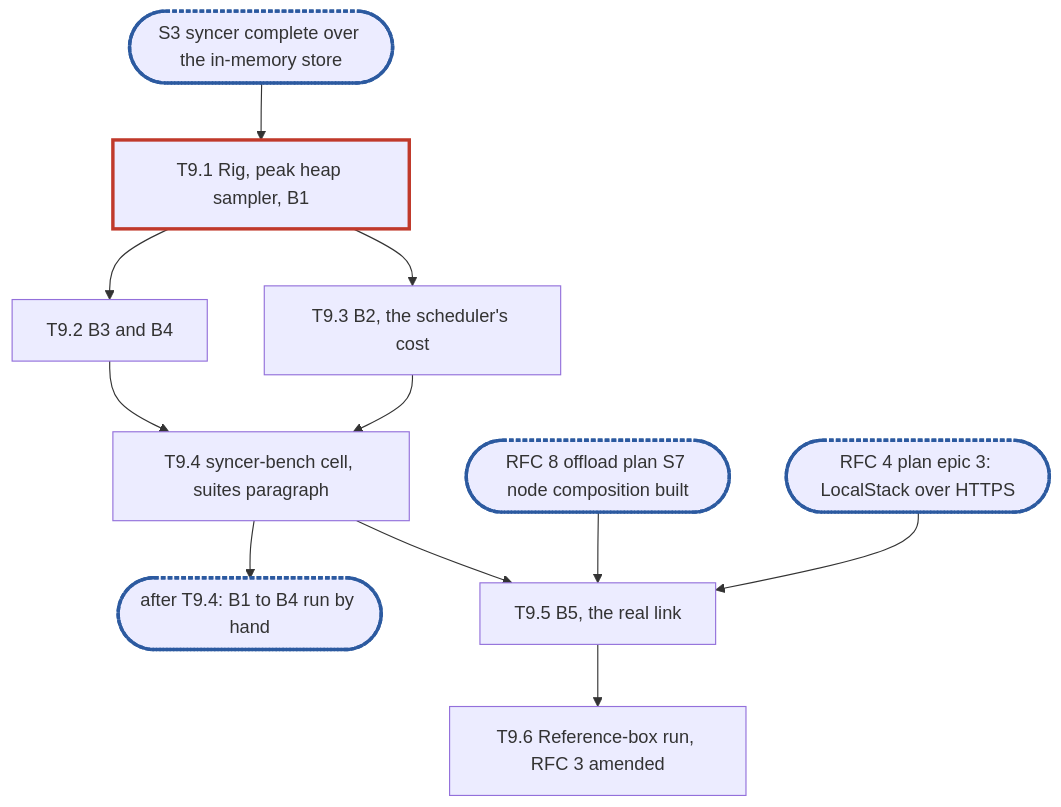
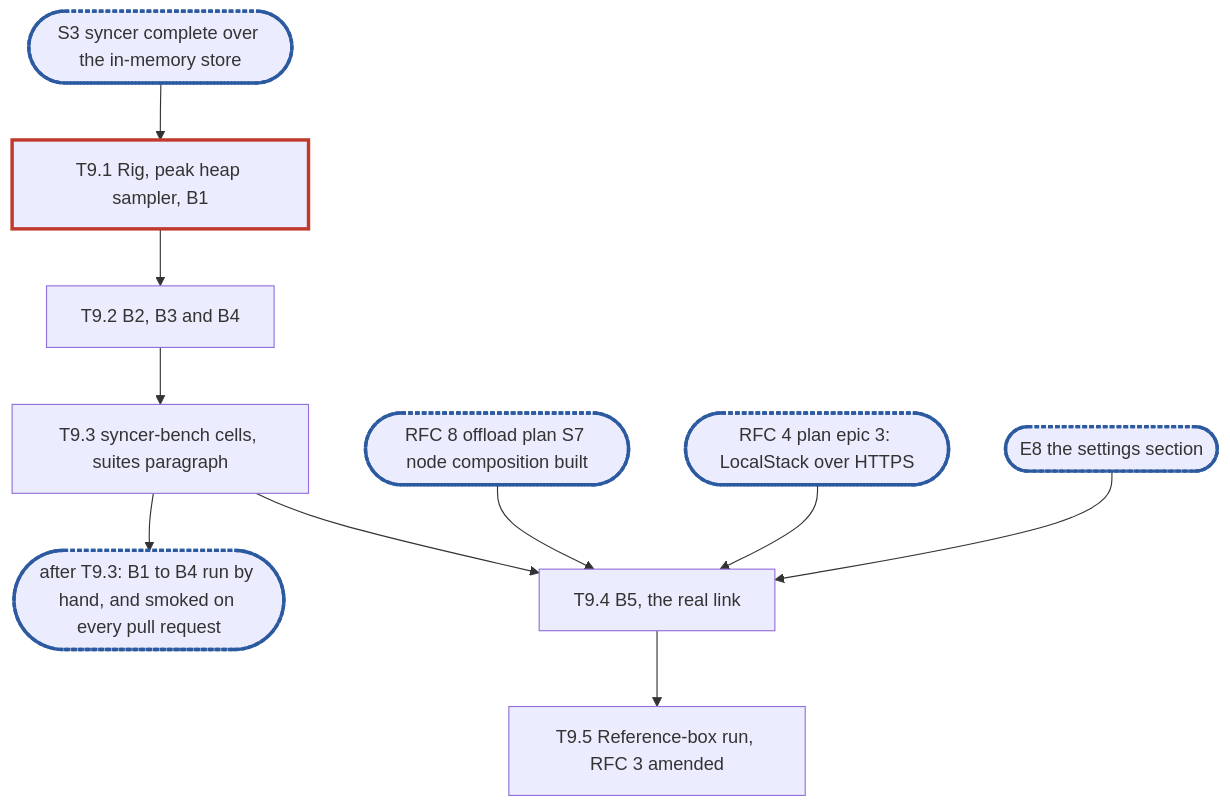
Before and after one commit to cubbit/dittofs: the diagram in .planning/rfc-3-syncer-epic9.md, drawn with Mermaid. The commit also changed other lines of this file and 1 other file, not shown here.

Commit message:
docs(planning): fold review findings into RFC 3 epic 9

````diff
--- a/.planning/rfc-3-syncer-epic9.md
+++ b/.planning/rfc-3-syncer-epic9.md
@@ -488,14 +527,14 @@
 ```mermaid
 flowchart TD
   S3(["S3 syncer complete over the in-memory store"]):::sync --> T9_1["T9.1 Rig, peak heap sampler, B1"]:::blocker
-  T9_1 --> T9_2["T9.2 B3 and B4"]
-  T9_1 --> T9_3["T9.3 B2, the scheduler's cost"]
-  T9_2 & T9_3 --> T9_4["T9.4 syncer-bench cell, suites paragraph"]
-  T9_4 --> C1(["after T9.4: B1 to B4 run by hand"]):::sync
-  X7(["RFC 8 offload plan S7 node composition built"]):::sync --> T9_5
-  L3(["RFC 4 plan epic 3: LocalStack over HTTPS"]):::sync --> T9_5
-  T9_4 --> T9_5["T9.5 B5, the real link"]
-  T9_5 --> T9_6["T9.6 Reference-box run, RFC 3 amended"]
+  T9_1 --> T9_2["T9.2 B2, B3 and B4"]
+  T9_2 --> T9_3["T9.3 syncer-bench cells, suites paragraph"]
+  T9_3 --> C1(["after T9.3: B1 to B4 run by hand, and smoked on every pull request"]):::sync
+  X7(["RFC 8 offload plan S7 node composition built"]):::sync --> T9_4
+  L3(["RFC 4 plan epic 3: LocalStack over HTTPS"]):::sync --> T9_4
+  E8(["E8 the settings section"]):::sync --> T9_4
+  T9_3 --> T9_4["T9.4 B5, the real link"]
+  T9_4 --> T9_5["T9.5 Reference-box run, RFC 3 amended"]
   classDef blocker stroke:#c0392b,stroke-width:3px
   classDef sync stroke:#2c5aa0,stroke-width:3px,stroke-dasharray:4 2
 ```
````
